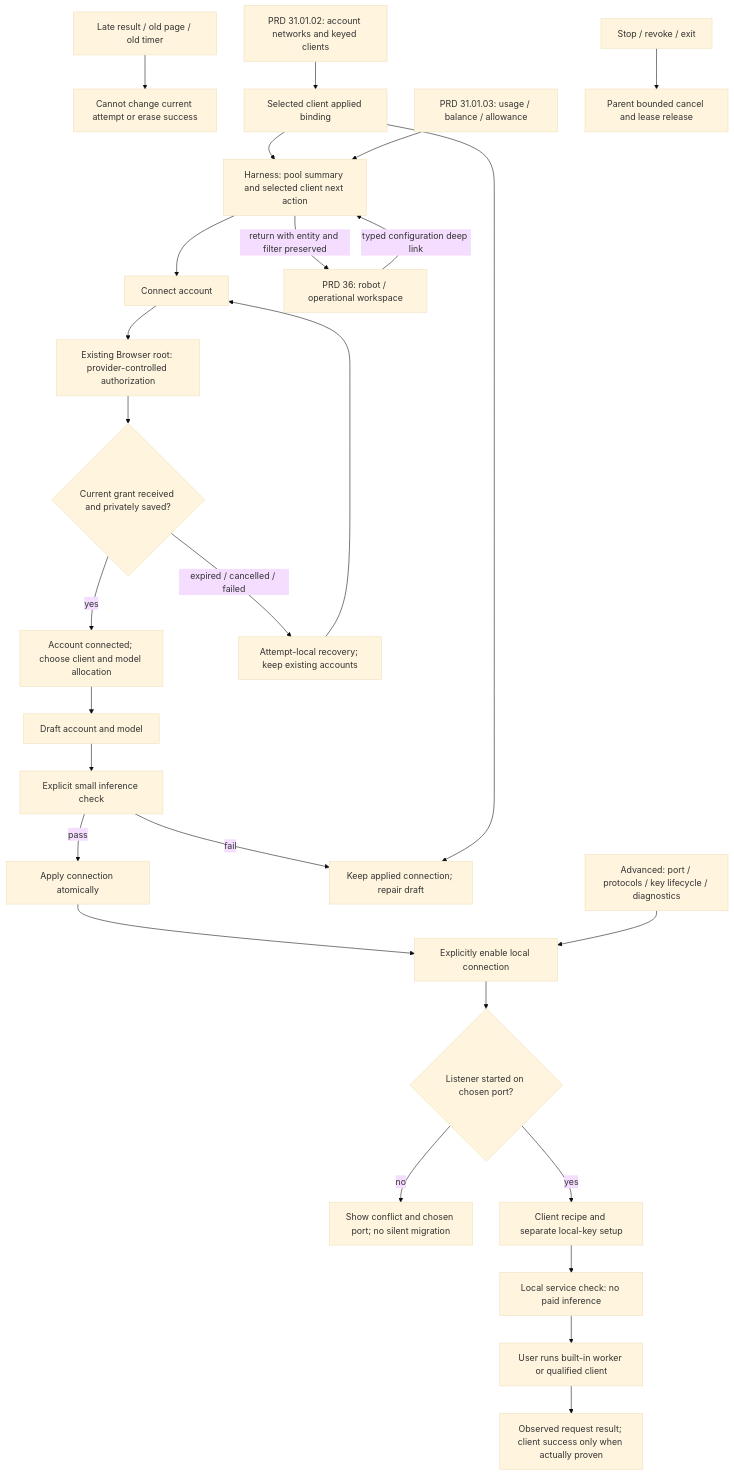
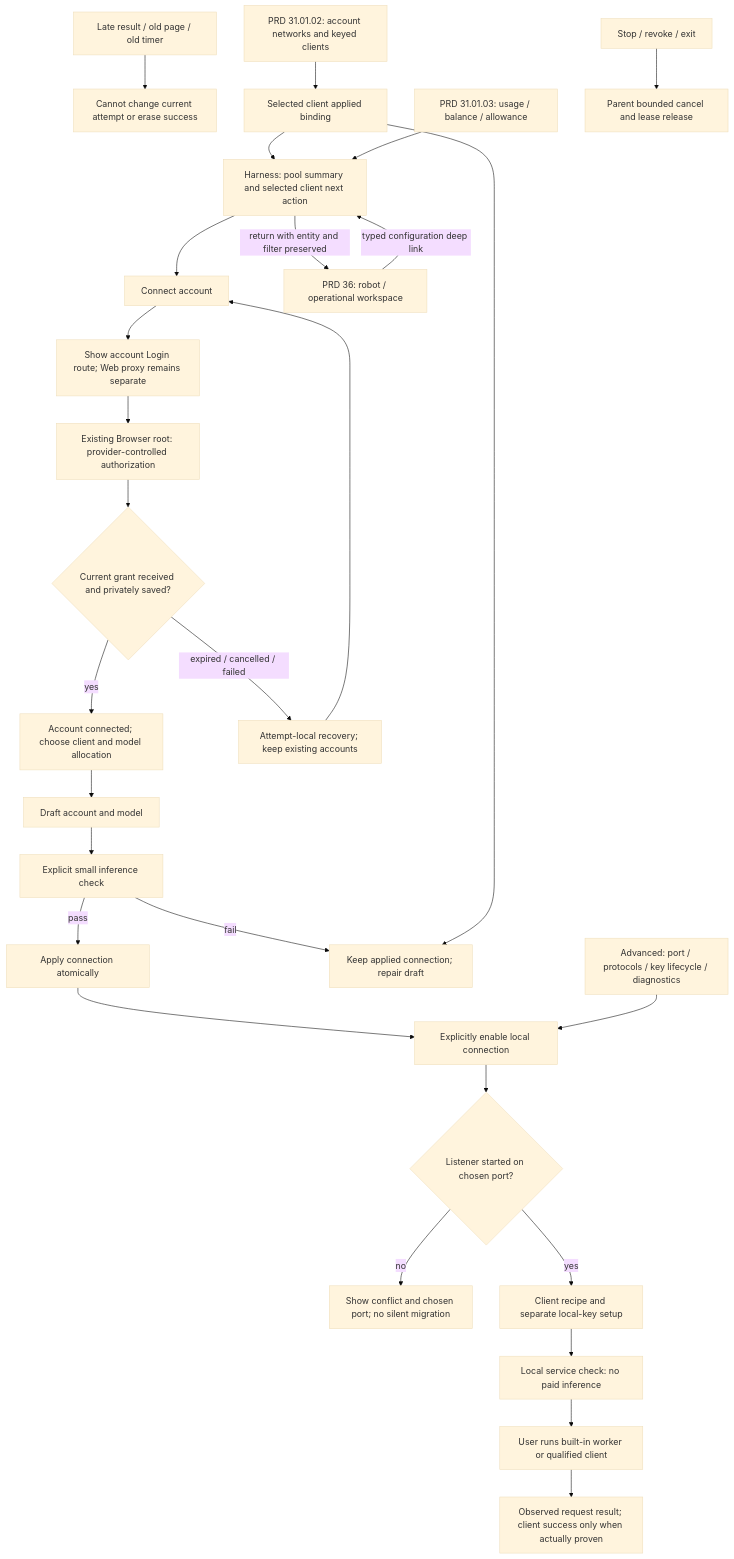
Before and after one commit to partnernetsoftware/minicon: the first of 9 diagrams in prd/PRD_02_31_01_01_harness_experience.md, drawn with Mermaid (base theme). The commit also changed other lines of this file and 10 other files, not shown here.

````diff
--- a/prd/PRD_02_31_01_01_harness_experience.md
+++ b/prd/PRD_02_31_01_01_harness_experience.md
@@ -58,29 +59,30 @@
 ```mermaid
 flowchart TD
     H[Harness: pool summary and selected client next action] --> A[Connect account]
-    A --> B[Existing Browser root: provider-controlled authorization]
+    A --> NET[Show account Login route; Web proxy remains separate]
+    NET --> B[Existing Browser root: provider-controlled authorization]
     B --> G{Current grant received and privately saved?}
     G -->|yes| C[Account connected; choose client and model allocation]
     G -->|expired / cancelled / failed| E[Attempt-local recovery; keep existing accounts]
     E --> A
     OLD[Late result / old page / old timer] --> DROP[Cannot change current attempt or erase success]
     C --> D[Draft account and model]
     D --> V[Explicit small inference check]
     V -->|pass| SAVE[Apply connection atomically]
     V -->|fail| KEEP[Keep applied connection; repair draft]
     SAVE --> START[Explicitly enable local connection]
     START --> S{Listener started on chosen port?}
     S -->|no| PORT[Show conflict and chosen port; no silent migration]
     S -->|yes| R[Client recipe and separate local-key setup]
     R --> LC[Local service check: no paid inference]
     LC --> TASK[User runs built-in worker or qualified client]
     TASK --> OBS[Observed request result; client success only when actually proven]
     CUR[Selected client applied binding] --> KEEP
     CUR --> H
     POOL[PRD 31.01.02: account networks and keyed clients] --> CUR
     MET[PRD 31.01.03: usage / balance / allowance] --> H
     W[PRD 36: robot / operational workspace] -->|typed configuration deep link| H
     H -->|return with entity and filter preserved| W
     ADV[Advanced: port / protocols / key lifecycle / diagnostics] --> START
     STOP[Stop / revoke / exit] --> END[Parent bounded cancel and lease release]
 ```
````
